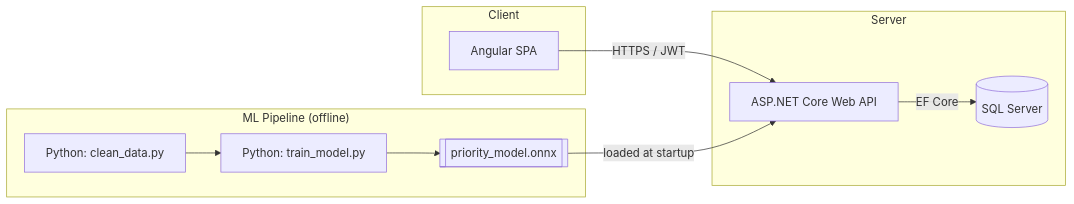
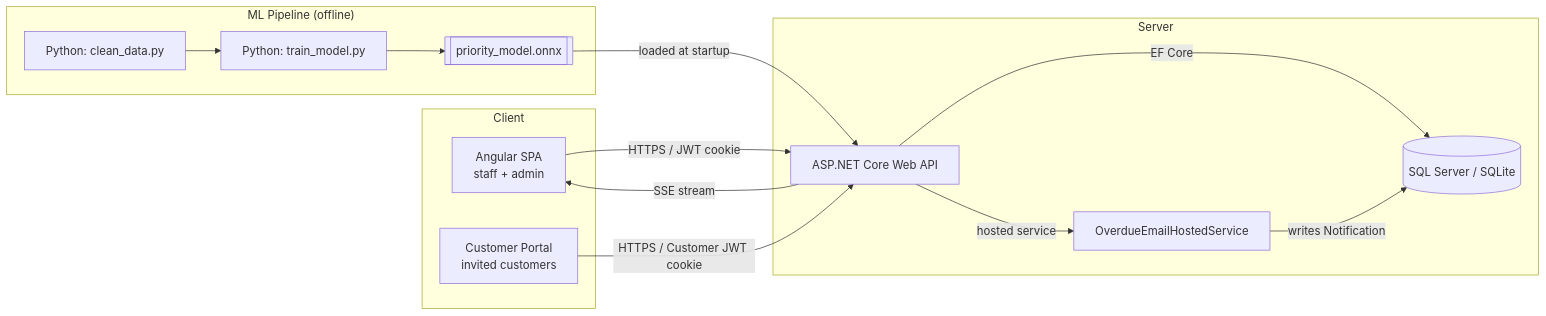
Before and after one commit to gpapillera/customer-service-ai-dashboard: the first of 2 diagrams in README.md, drawn with Mermaid. The commit also changed other lines of this file and 1 other file, not shown here.

Commit message:
docs: rewrite README to match actual app (portal, notifications, SSE; fix false Docker/CI claims)

````diff
--- a/README.md
+++ b/README.md
@@ -70,20 +114,26 @@
 ```mermaid
 flowchart LR
     subgraph Client
-        A[Angular SPA]
+        A[Angular SPA<br/>staff + admin]
+        P[Customer Portal<br/>invited customers]
     end
     subgraph Server
         B[ASP.NET Core Web API]
-        C[(SQL Server)]
+        C[(SQL Server / SQLite)]
+        N[OverdueEmailHostedService]
     end
     subgraph MLPipeline["ML Pipeline (offline)"]
         D[Python: clean_data.py]
         E[Python: train_model.py]
         F[[priority_model.onnx]]
     end
 
-    A -- HTTPS / JWT --> B
+    A -- HTTPS / JWT cookie --> B
+    P -- HTTPS / Customer JWT cookie --> B
     B -- EF Core --> C
+    B -- SSE stream --> A
+    B -- hosted service --> N
+    N -- writes Notification --> C
     D --> E --> F
     F -- loaded at startup --> B
 ```
````
